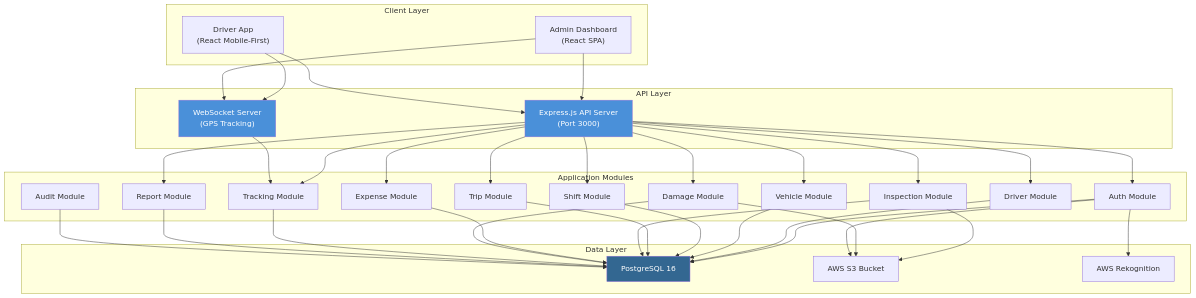
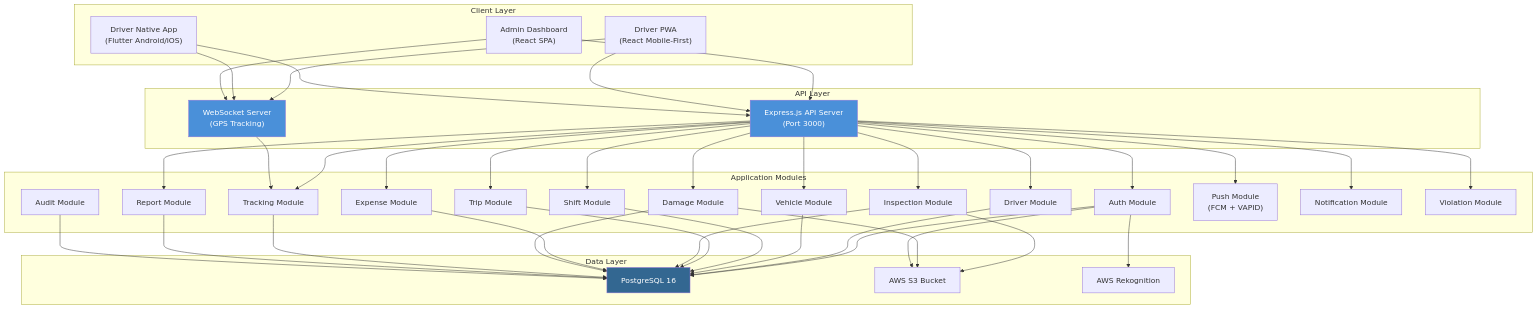
The second of 7 diagrams in docs/03-architecture.md (abdullah-hamada7/sezar-drive-v2), drawn with Mermaid before and after one commit. The commit also changed other lines of this file and 23 other files, not shown here.

First line of the commit message:
Document platform architecture and unify driver alert routing for agents.

````diff
--- a/docs/03-architecture.md
+++ b/docs/03-architecture.md
@@ -64,71 +64,80 @@
 ```mermaid
 graph TB
     subgraph "Client Layer"
         AdminUI["Admin Dashboard<br/>(React SPA)"]
-        DriverUI["Driver App<br/>(React Mobile-First)"]
+        DriverUI["Driver PWA<br/>(React Mobile-First)"]
+        FlutterApp["Driver Native App<br/>(Flutter Android/iOS)"]
     end
     
     subgraph "API Layer"
         Gateway["Express.js API Server<br/>(Port 3000)"]
         WS["WebSocket Server<br/>(GPS Tracking)"]
     end
     
     subgraph "Application Modules"
         Auth["Auth Module"]
         DriverMod["Driver Module"]
         Vehicle["Vehicle Module"]
         Shift["Shift Module"]
         Trip["Trip Module"]
         Inspection["Inspection Module"]
         Expense["Expense Module"]
         Damage["Damage Module"]
         Tracking["Tracking Module"]
         Report["Report Module"]
         Audit["Audit Module"]
+        Push["Push Module<br/>(FCM + VAPID)"]
+        Notify["Notification Module"]
+        Violation["Violation Module"]
     end
     
     subgraph "Data Layer"
         DB["PostgreSQL 16"]
         S3["AWS S3 Bucket"]
         Rekog["AWS Rekognition"]
     end
     
     AdminUI --> Gateway
     DriverUI --> Gateway
+    FlutterApp --> Gateway
     DriverUI --> WS
+    FlutterApp --> WS
     AdminUI --> WS
     
     Gateway --> Auth
     Gateway --> DriverMod
     Gateway --> Vehicle
     Gateway --> Shift
     Gateway --> Trip
     Gateway --> Inspection
     Gateway --> Expense
     Gateway --> Damage
     Gateway --> Report
     Gateway --> Tracking
+    Gateway --> Push
+    Gateway --> Notify
+    Gateway --> Violation
     
     WS --> Tracking
     
     Auth --> DB
     DriverMod --> DB
     Vehicle --> DB
     Shift --> DB
     Trip --> DB
     Inspection --> DB
     Expense --> DB
     Damage --> DB
     Tracking --> DB
     Report --> DB
     Audit --> DB
     
     Inspection --> S3
     Damage --> S3
     Auth --> S3
     Auth --> Rekog
     
     style Gateway fill:#4A90D9,color:#fff
     style WS fill:#4A90D9,color:#fff
     style DB fill:#336791,color:#fff
 ```
````
